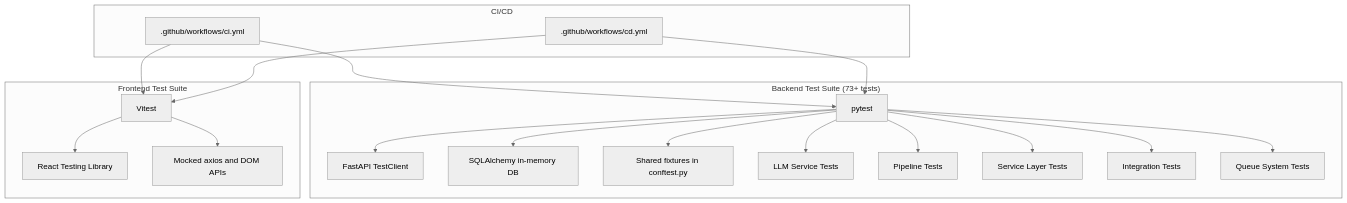
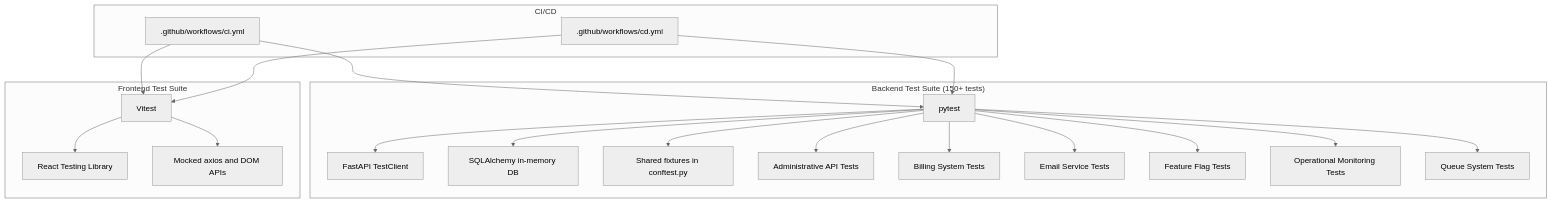
One commit to Revanththetalogics/aireume changed the first of 12 diagrams in .qoder/repowiki/en/content/Testing Strategy.md. Above: the diagram before and after it, drawn with Mermaid (neutral theme). The commit also changed other lines of this file and 10 other files, not shown here.

````diff
--- a/.qoder/repowiki/en/content/Testing Strategy.md
+++ b/.qoder/repowiki/en/content/Testing Strategy.md
@@ -82,37 +91,39 @@
 ```mermaid
 graph TB
-subgraph "Backend Test Suite (73+ tests)"
+subgraph "Backend Test Suite (150+ tests)"
 B1["pytest"]
 B2["FastAPI TestClient"]
 B3["SQLAlchemy in-memory DB"]
 B4["Shared fixtures in conftest.py"]
-B5["LLM Service Tests"]
-B6["Pipeline Tests"]
-B7["Service Layer Tests"]
-B8["Integration Tests"]
-B9["Queue System Tests"]
+B5["Administrative API Tests"]
+B6["Billing System Tests"]
+B7["Email Service Tests"]
+B8["Feature Flag Tests"]
+B9["Operational Monitoring Tests"]
+B10["Queue System Tests"]
 end
 subgraph "Frontend Test Suite"
 F1["Vitest"]
 F2["React Testing Library"]
 F3["Mocked axios and DOM APIs"]
 end
 subgraph "CI/CD"
 C1[".github/workflows/ci.yml"]
 C2[".github/workflows/cd.yml"]
 end
 B1 --> B2
 B1 --> B3
 B1 --> B4
 B1 --> B5
 B1 --> B6
 B1 --> B7
 B1 --> B8
 B1 --> B9
+B1 --> B10
 F1 --> F2
 F1 --> F3
 C1 --> B1
 C1 --> F1
 C2 --> B1
 C2 --> F1
 ```
````
